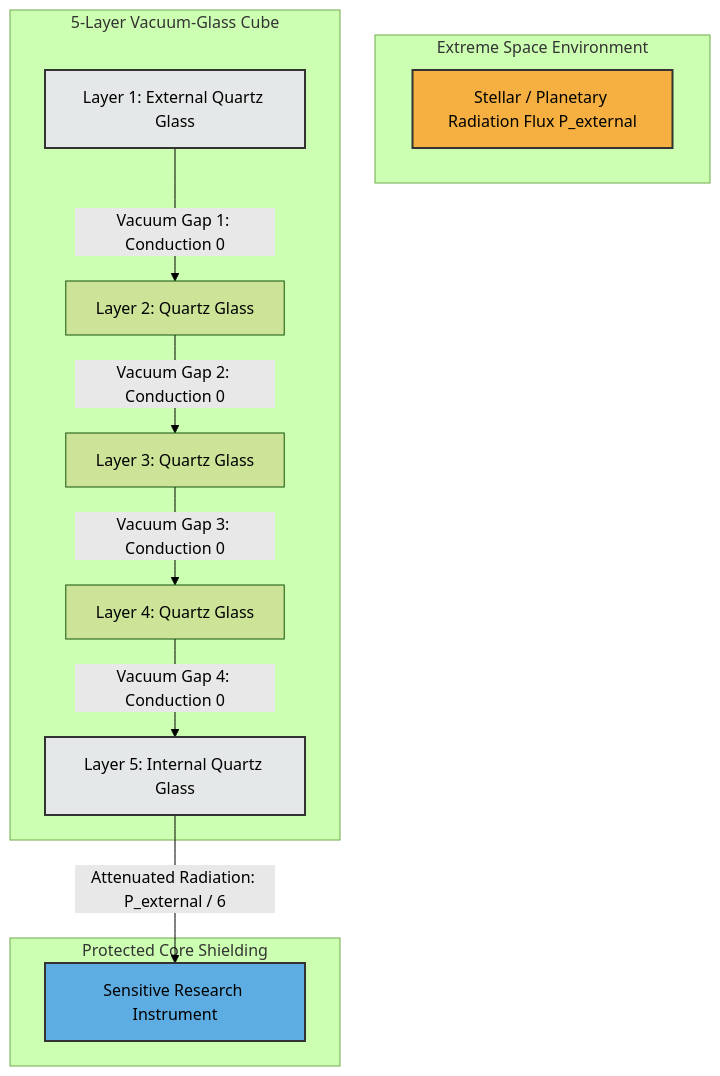
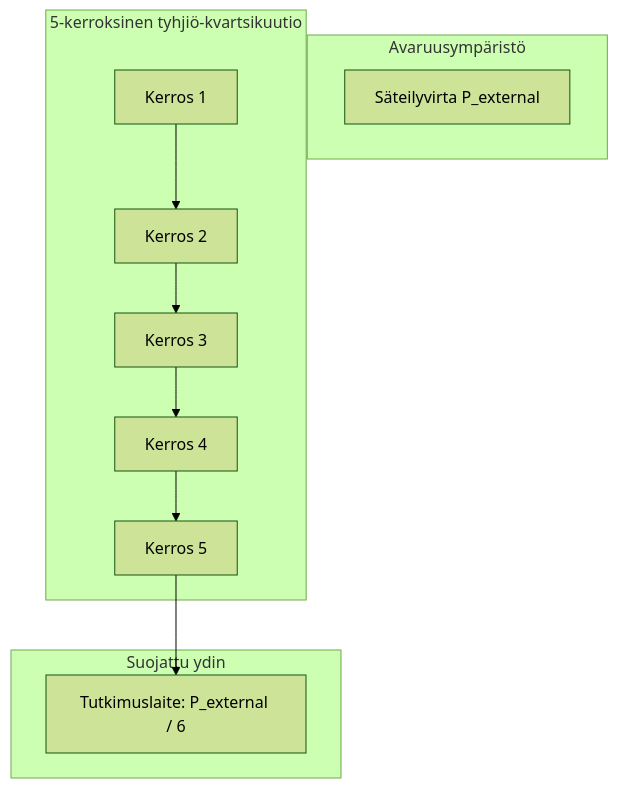
Before and after one commit to masakertsa/BioFrame: the diagram in README.md, drawn with Mermaid (forest theme). The commit also changed other lines of this file, not shown here.

````diff
--- a/README.md
+++ b/README.md
@@ -15,22 +12,12 @@
 ```mermaid
 graph TD
-    subgraph "Extreme Space Environment"
-        Heat[Stellar / Planetary Radiation Flux P_external]
+    subgraph "Avaruusympäristö"
+        Heat[Säteilyvirta P_external]
     end
-
-    subgraph "5-Layer Vacuum-Glass Cube"
-        L1[Layer 1: External Quartz Glass] -->|Vacuum Gap 1: Conduction 0| L2[Layer 2: Quartz Glass]
-        L2 -->|Vacuum Gap 2: Conduction 0| L3[Layer 3: Quartz Glass]
-        L3 -->|Vacuum Gap 3: Conduction 0| L4[Layer 4: Quartz Glass]
-        L4 -->|Vacuum Gap 4: Conduction 0| L5[Layer 5: Internal Quartz Glass]
+    subgraph "5-kerroksinen tyhjiö-kvartsikuutio"
+        L1[Kerros 1] --> L2[Kerros 2] --> L3[Kerros 3] --> L4[Kerros 4] --> L5[Kerros 5]
     end
-
-    subgraph "Protected Core Shielding"
-        L5 -->|Attenuated Radiation: P_external / 6| Core[Sensitive Research Instrument]
+    subgraph "Suojattu ydin"
+        L5 --> Core[Tutkimuslaite: P_external / 6]
     end
-
-    style Heat fill:#F5B041,stroke:#333,stroke-width:2px
-    style L1 fill:#E5E8E8,stroke:#333,stroke-width:2px
-    style L5 fill:#E5E8E8,stroke:#333,stroke-width:2px
-    style Core fill:#5DADE2,stroke:#333,stroke-width:2px
 ```
````
